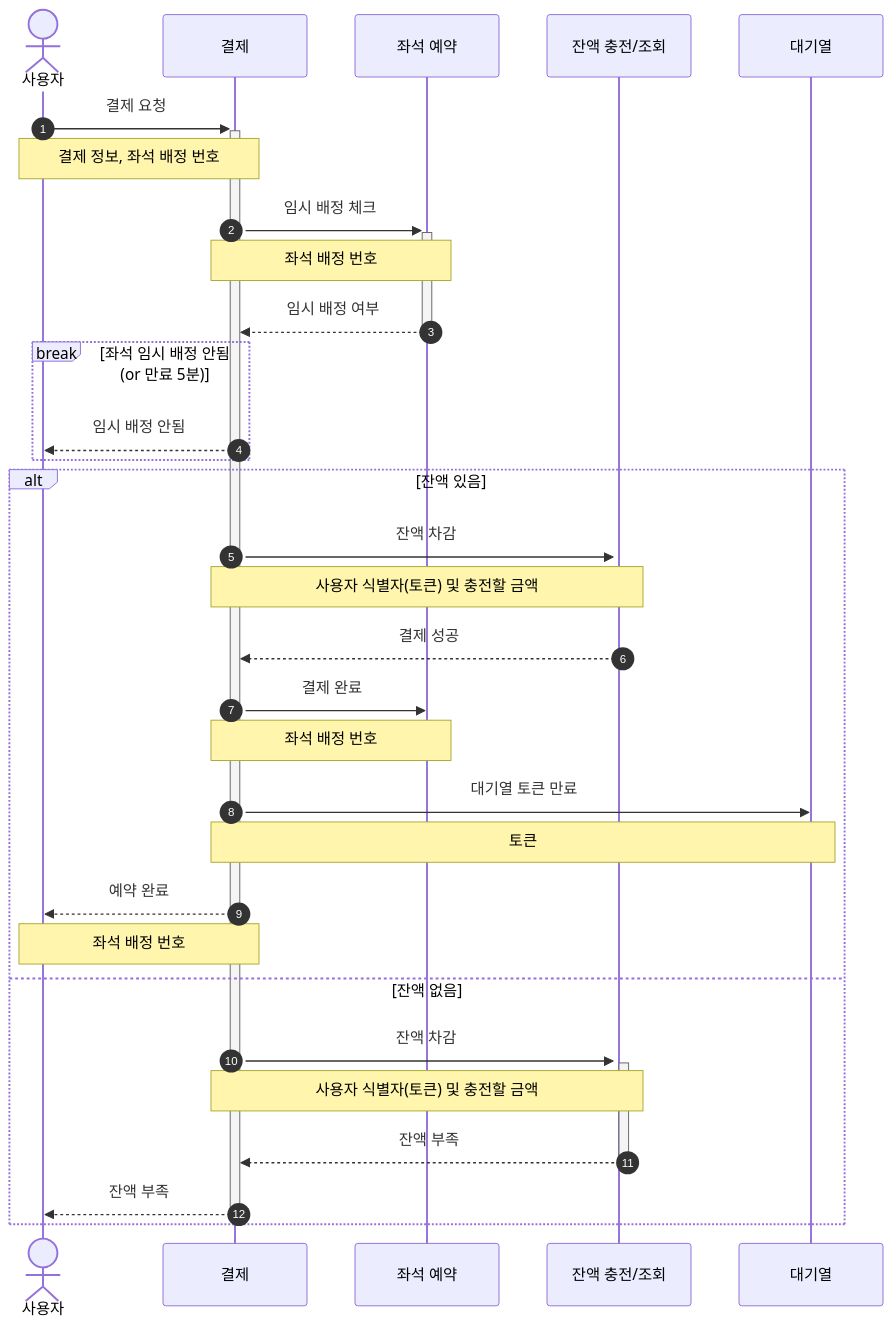
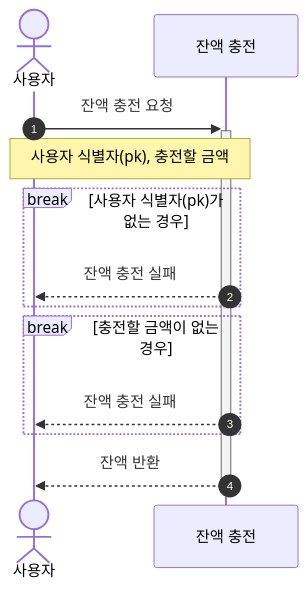
Before and after one commit to kdelay/Concert-Booking: the sixth of 8 diagrams in README.md, drawn with Mermaid. The commit also changed other lines of this file, not shown here.

Commit message:
docs: [#1] 사용자 식별자 수정, 잔액 충전/조회 시퀀스 분리

````diff
--- a/README.md
+++ b/README.md
@@ -130,29 +132,18 @@
 ```mermaid
 sequenceDiagram
     autonumber
     actor 사용자
-    사용자 ->>+ 결제: 결제 요청
-    Note over 사용자, 결제: 결제 정보, 좌석 배정 번호
-    결제 ->>+ 좌석 예약: 임시 배정 체크
-    Note over 결제, 좌석 예약: 좌석 배정 번호
-    좌석 예약 -->>- 결제: 임시 배정 여부
-    break 좌석 임시 배정 안됨 (or 만료 5분)
-        결제 -->> 사용자: 임시 배정 안됨
+    
+    사용자 ->>+ 잔액 충전: 잔액 충전 요청
+    Note over 사용자, 잔액 충전: 사용자 식별자(pk), 충전할 금액
+
+    break 사용자 식별자(pk)가 없는 경우
+        잔액 충전 -->> 사용자: 잔액 충전 실패
     end
-    alt 잔액 있음
-        결제 ->>+ 잔액 충전/조회: 잔액 차감
-        Note over 결제, 잔액 충전/조회: 사용자 식별자(토큰) 및 충전할 금액
-        잔액 충전/조회 -->> 결제: 결제 성공
-        결제 ->> 좌석 예약: 결제 완료
-        Note over 결제, 좌석 예약: 좌석 배정 번호
-        결제 ->> 대기열: 대기열 토큰 만료
-        Note over 결제, 대기열: 토큰
-        결제 -->> 사용자: 예약 완료
-        Note over 사용자, 결제: 좌석 배정 번호
-    else 잔액 없음
-        결제 ->>+ 잔액 충전/조회: 잔액 차감
-        Note over 결제, 잔액 충전/조회: 사용자 식별자(토큰) 및 충전할 금액
-        잔액 충전/조회 -->>- 결제: 잔액 부족
-        결제 -->>- 사용자: 잔액 부족
+    
+    break 충전할 금액이 없는 경우
+        잔액 충전 -->> 사용자: 잔액 충전 실패
     end
+    
+    잔액 충전 -->>- 사용자: 잔액 반환
 ```
````
